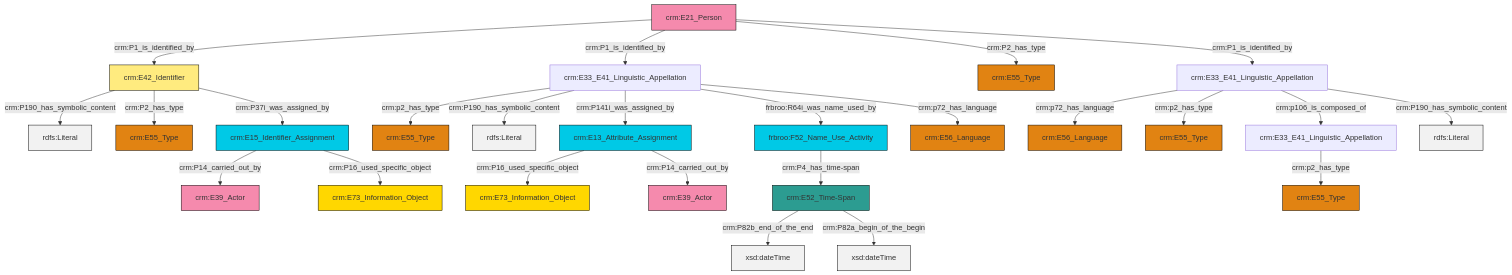
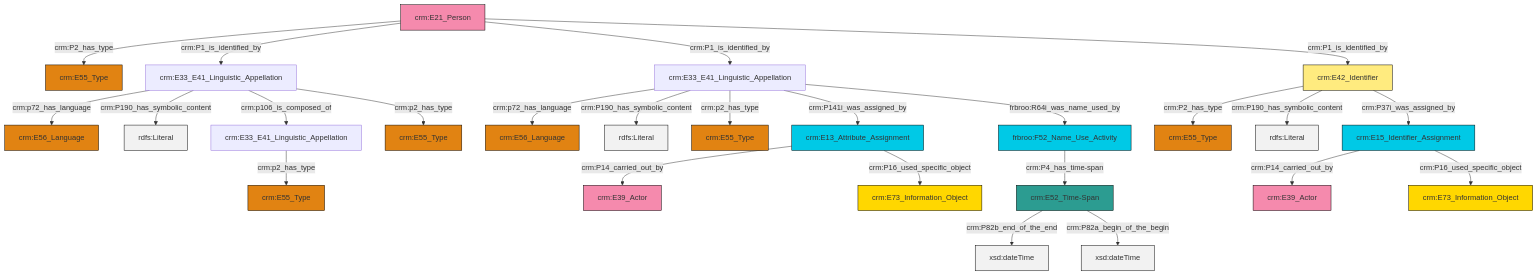
The diagram in et/personCSV/ttl/mmd/Person_Names_and_Classification.ttl.mmd (ncarboni/srdm), drawn with Mermaid before and after one commit. The commit also changed 367 other files, not shown here.

```diff
--- a/et/personCSV/ttl/mmd/Person_Names_and_Classification.ttl.mmd
+++ b/et/personCSV/ttl/mmd/Person_Names_and_Classification.ttl.mmd
@@ -1,39 +1,39 @@
 graph TD
 classDef Literal fill:#f2f2f2,stroke:#000000;
 classDef CRM_Entity fill:#FFFFFF,stroke:#000000;
 classDef Temporal_Entity fill:#00C9E6, stroke:#000000;
 classDef Type fill:#E18312, stroke:#000000;
 classDef Time-Span fill:#2C9C91, stroke:#000000;
 classDef Appellation fill:#FFEB7F, stroke:#000000;
 classDef Place fill:#008836, stroke:#000000;
 classDef Persistent_Item fill:#B266B2, stroke:#000000;
 classDef Conceptual_Object fill:#FFD700, stroke:#000000;
 classDef Physical_Thing fill:#D2B48C, stroke:#000000;
 classDef Actor fill:#f58aad, stroke:#000000;
 classDef PC_Classes fill:#4ce600, stroke:#000000;
 classDef Multi fill:#cccccc,stroke:#000000;
 
-0["crm:E42_Identifier"]:::Appellation -->|crm:P190_has_symbolic_content| 1[rdfs:Literal]:::Literal
-2["crm:E33_E41_Linguistic_Appellation"]:::Default -->|crm:p2_has_type| 6["crm:E55_Type"]:::Type
-4["crm:E33_E41_Linguistic_Appellation"]:::Default -->|crm:p72_has_language| 9["crm:E56_Language"]:::Type
-15["crm:E52_Time-Span"]:::Time-Span -->|crm:P82b_end_of_the_end| 17[xsd:dateTime]:::Literal
-2["crm:E33_E41_Linguistic_Appellation"]:::Default -->|crm:P190_has_symbolic_content| 18[rdfs:Literal]:::Literal
-19["crm:E21_Person"]:::Actor -->|crm:P1_is_identified_by| 0["crm:E42_Identifier"]:::Appellation
-19["crm:E21_Person"]:::Actor -->|crm:P1_is_identified_by| 2["crm:E33_E41_Linguistic_Appellation"]:::Default
-21["crm:E15_Identifier_Assignment"]:::Temporal_Entity -->|crm:P14_carried_out_by| 10["crm:E39_Actor"]:::Actor
-22["crm:E13_Attribute_Assignment"]:::Temporal_Entity -->|crm:P16_used_specific_object| 13["crm:E73_Information_Object"]:::Conceptual_Object
-15["crm:E52_Time-Span"]:::Time-Span -->|crm:P82a_begin_of_the_begin| 24[xsd:dateTime]:::Literal
-26["frbroo:F52_Name_Use_Activity"]:::Temporal_Entity -->|crm:P4_has_time-span| 15["crm:E52_Time-Span"]:::Time-Span
-4["crm:E33_E41_Linguistic_Appellation"]:::Default -->|crm:p2_has_type| 7["crm:E55_Type"]:::Type
-4["crm:E33_E41_Linguistic_Appellation"]:::Default -->|crm:p106_is_composed_of| 29["crm:E33_E41_Linguistic_Appellation"]:::Default
-2["crm:E33_E41_Linguistic_Appellation"]:::Default -->|crm:P141i_was_assigned_by| 22["crm:E13_Attribute_Assignment"]:::Temporal_Entity
-0["crm:E42_Identifier"]:::Appellation -->|crm:P2_has_type| 30["crm:E55_Type"]:::Type
-22["crm:E13_Attribute_Assignment"]:::Temporal_Entity -->|crm:P14_carried_out_by| 27["crm:E39_Actor"]:::Actor
-2["crm:E33_E41_Linguistic_Appellation"]:::Default -->|frbroo:R64i_was_name_used_by| 26["frbroo:F52_Name_Use_Activity"]:::Temporal_Entity
-19["crm:E21_Person"]:::Actor -->|crm:P2_has_type| 31["crm:E55_Type"]:::Type
-2["crm:E33_E41_Linguistic_Appellation"]:::Default -->|crm:p72_has_language| 32["crm:E56_Language"]:::Type
-0["crm:E42_Identifier"]:::Appellation -->|crm:P37i_was_assigned_by| 21["crm:E15_Identifier_Assignment"]:::Temporal_Entity
-21["crm:E15_Identifier_Assignment"]:::Temporal_Entity -->|crm:P16_used_specific_object| 39["crm:E73_Information_Object"]:::Conceptual_Object
-29["crm:E33_E41_Linguistic_Appellation"]:::Default -->|crm:p2_has_type| 35["crm:E55_Type"]:::Type
-19["crm:E21_Person"]:::Actor -->|crm:P1_is_identified_by| 4["crm:E33_E41_Linguistic_Appellation"]:::Default
-4["crm:E33_E41_Linguistic_Appellation"]:::Default -->|crm:P190_has_symbolic_content| 43[rdfs:Literal]:::Literal
+0["crm:E15_Identifier_Assignment"]:::Temporal_Entity -->|crm:P14_carried_out_by| 1["crm:E39_Actor"]:::Actor
+2["crm:E21_Person"]:::Actor -->|crm:P2_has_type| 3["crm:E55_Type"]:::Type
+6["crm:E13_Attribute_Assignment"]:::Temporal_Entity -->|crm:P14_carried_out_by| 7["crm:E39_Actor"]:::Actor
+8["crm:E33_E41_Linguistic_Appellation"]:::Default -->|crm:p72_has_language| 13["crm:E56_Language"]:::Type
+15["crm:E33_E41_Linguistic_Appellation"]:::Default -->|crm:p72_has_language| 16["crm:E56_Language"]:::Type
+0["crm:E15_Identifier_Assignment"]:::Temporal_Entity -->|crm:P16_used_specific_object| 17["crm:E73_Information_Object"]:::Conceptual_Object
+18["crm:E52_Time-Span"]:::Time-Span -->|crm:P82b_end_of_the_end| 19[xsd:dateTime]:::Literal
+8["crm:E33_E41_Linguistic_Appellation"]:::Default -->|crm:P190_has_symbolic_content| 20[rdfs:Literal]:::Literal
+21["crm:E42_Identifier"]:::Appellation -->|crm:P2_has_type| 22["crm:E55_Type"]:::Type
+2["crm:E21_Person"]:::Actor -->|crm:P1_is_identified_by| 15["crm:E33_E41_Linguistic_Appellation"]:::Default
+21["crm:E42_Identifier"]:::Appellation -->|crm:P190_has_symbolic_content| 27[rdfs:Literal]:::Literal
+18["crm:E52_Time-Span"]:::Time-Span -->|crm:P82a_begin_of_the_begin| 28[xsd:dateTime]:::Literal
+15["crm:E33_E41_Linguistic_Appellation"]:::Default -->|crm:P190_has_symbolic_content| 30[rdfs:Literal]:::Literal
+33["crm:E33_E41_Linguistic_Appellation"]:::Default -->|crm:p2_has_type| 34["crm:E55_Type"]:::Type
+11["frbroo:F52_Name_Use_Activity"]:::Temporal_Entity -->|crm:P4_has_time-span| 18["crm:E52_Time-Span"]:::Time-Span
+21["crm:E42_Identifier"]:::Appellation -->|crm:P37i_was_assigned_by| 0["crm:E15_Identifier_Assignment"]:::Temporal_Entity
+8["crm:E33_E41_Linguistic_Appellation"]:::Default -->|crm:p2_has_type| 38["crm:E55_Type"]:::Type
+6["crm:E13_Attribute_Assignment"]:::Temporal_Entity -->|crm:P16_used_specific_object| 23["crm:E73_Information_Object"]:::Conceptual_Object
+8["crm:E33_E41_Linguistic_Appellation"]:::Default -->|crm:P141i_was_assigned_by| 6["crm:E13_Attribute_Assignment"]:::Temporal_Entity
+8["crm:E33_E41_Linguistic_Appellation"]:::Default -->|frbroo:R64i_was_name_used_by| 11["frbroo:F52_Name_Use_Activity"]:::Temporal_Entity
+2["crm:E21_Person"]:::Actor -->|crm:P1_is_identified_by| 8["crm:E33_E41_Linguistic_Appellation"]:::Default
+15["crm:E33_E41_Linguistic_Appellation"]:::Default -->|crm:p106_is_composed_of| 33["crm:E33_E41_Linguistic_Appellation"]:::Default
+2["crm:E21_Person"]:::Actor -->|crm:P1_is_identified_by| 21["crm:E42_Identifier"]:::Appellation
+15["crm:E33_E41_Linguistic_Appellation"]:::Default -->|crm:p2_has_type| 4["crm:E55_Type"]:::Type
```
